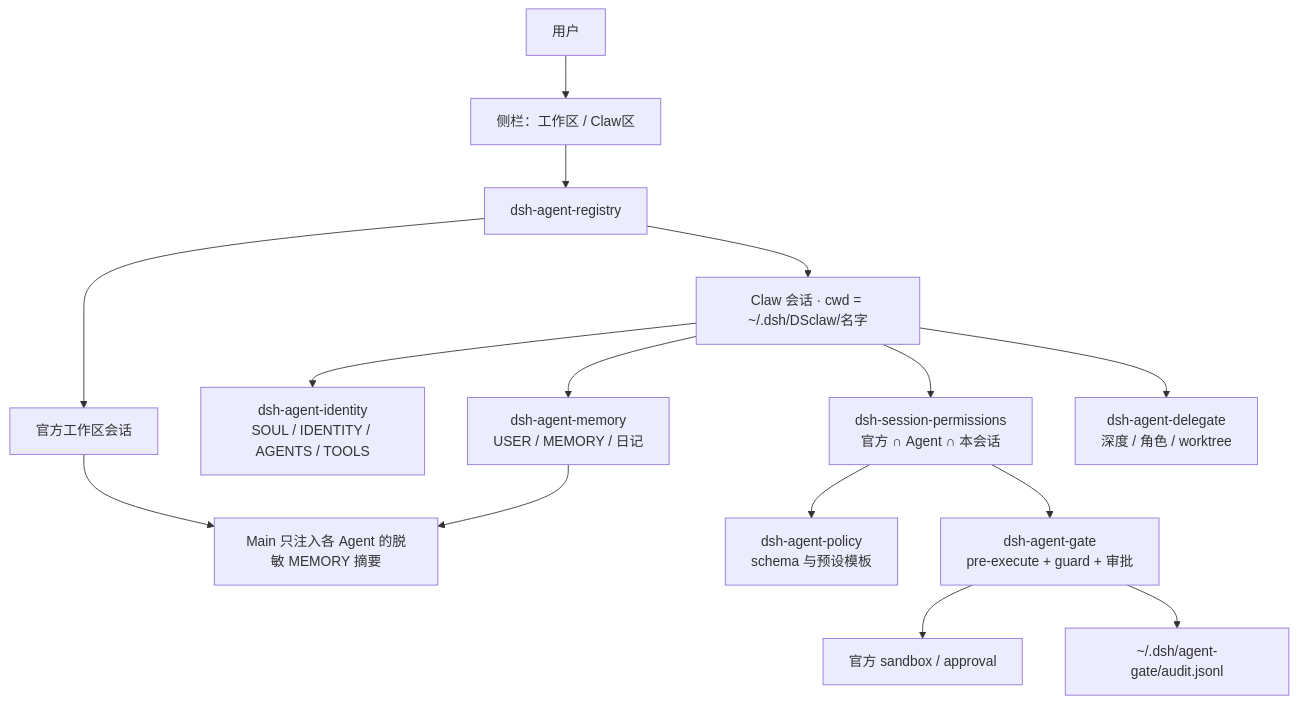
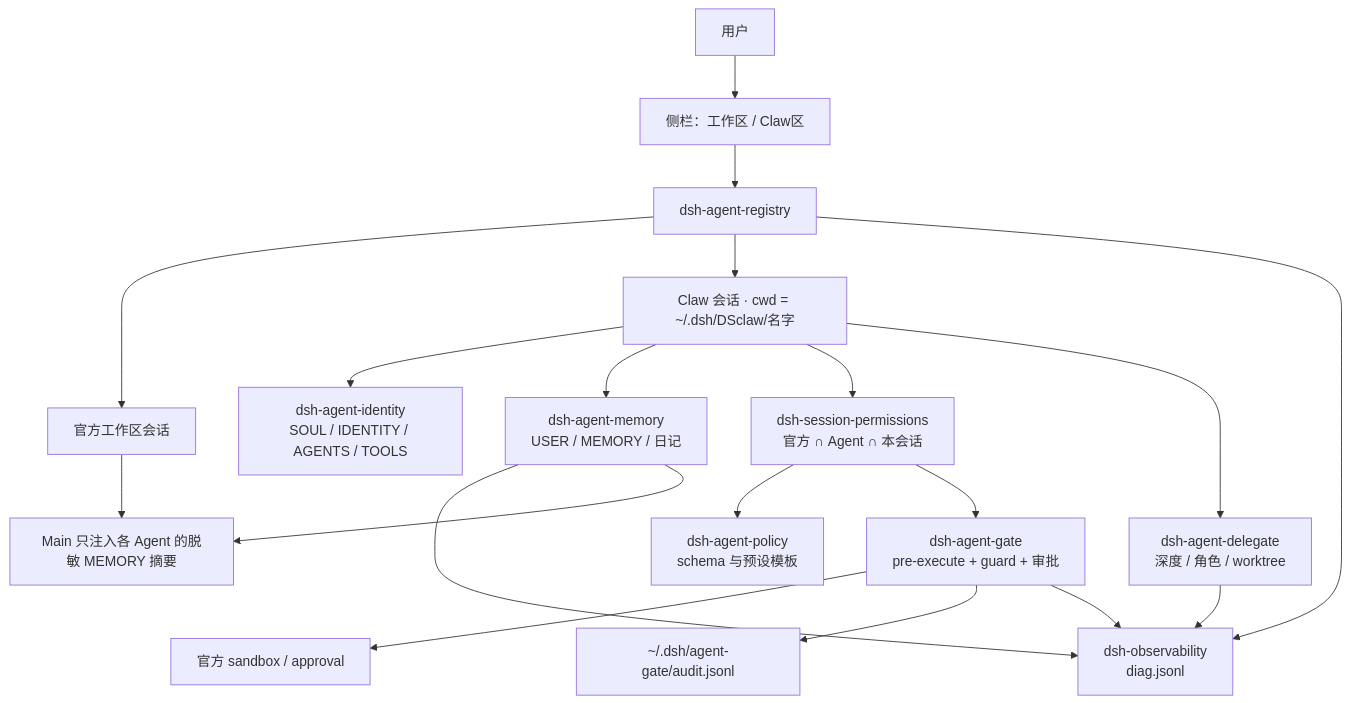
The diagram in docs/architecture.md (xingyingyuzhui/dsh-claw-suite), drawn with Mermaid before and after one commit. The commit also changed other lines of this file and 2 other files, not shown here.

````diff
--- a/docs/architecture.md
+++ b/docs/architecture.md
@@ -7,19 +7,23 @@
 ```mermaid
 flowchart TB
   User["用户"] --> Sidebar["侧栏：工作区 / Claw区"]
   Sidebar --> Registry["dsh-agent-registry"]
   Registry --> Official["官方工作区会话"]
   Registry --> Claw["Claw 会话 · cwd = ~/.dsh/DSclaw/名字"]
 
   Claw --> Identity["dsh-agent-identity<br/>SOUL / IDENTITY / AGENTS / TOOLS"]
   Claw --> Memory["dsh-agent-memory<br/>USER / MEMORY / 日记"]
   Claw --> Perms["dsh-session-permissions<br/>官方 ∩ Agent ∩ 本会话"]
   Perms --> Policy["dsh-agent-policy<br/>schema 与预设模板"]
   Perms --> Gate["dsh-agent-gate<br/>pre-execute + guard + 审批"]
   Gate --> Sandbox["官方 sandbox / approval"]
   Gate --> Audit["~/.dsh/agent-gate/audit.jsonl"]
   Claw --> Delegate["dsh-agent-delegate<br/>深度 / 角色 / worktree"]
+  Registry --> Observe["dsh-observability<br/>diag.jsonl"]
+  Gate --> Observe
+  Delegate --> Observe
+  Memory --> Observe
 
   Official --> MainBrief["Main 只注入各 Agent 的脱敏 MEMORY 摘要"]
   Memory --> MainBrief
 ```
````
